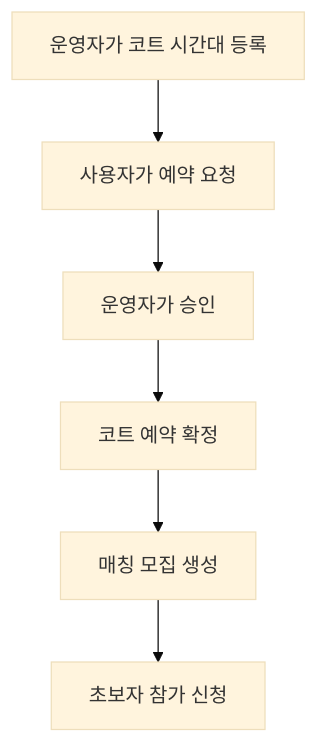
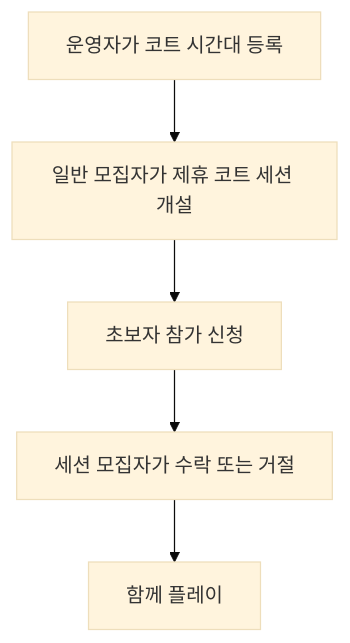
The third of 4 diagrams in docs/01-product-overview.md (jsl0319/tennis-mate), drawn with Mermaid (base theme) before and after one commit. The commit also changed other lines of this file and 26 other files, not shown here.

````diff
--- a/docs/01-product-overview.md
+++ b/docs/01-product-overview.md
@@ -330,8 +330,7 @@
 ```mermaid
 flowchart TD
-    A["운영자가 코트 시간대 등록"] --> B["사용자가 예약 요청"]
-    B --> C["운영자가 승인"]
-    C --> D["코트 예약 확정"]
-    D --> E["매칭 모집 생성"]
-    E --> F["초보자 참가 신청"]
+    A["운영자가 코트 시간대 등록"] --> B["일반 모집자가 제휴 코트 세션 개설"]
+    B --> C["초보자 참가 신청"]
+    C --> D["세션 모집자가 수락 또는 거절"]
+    D --> E["함께 플레이"]
 ```
````
